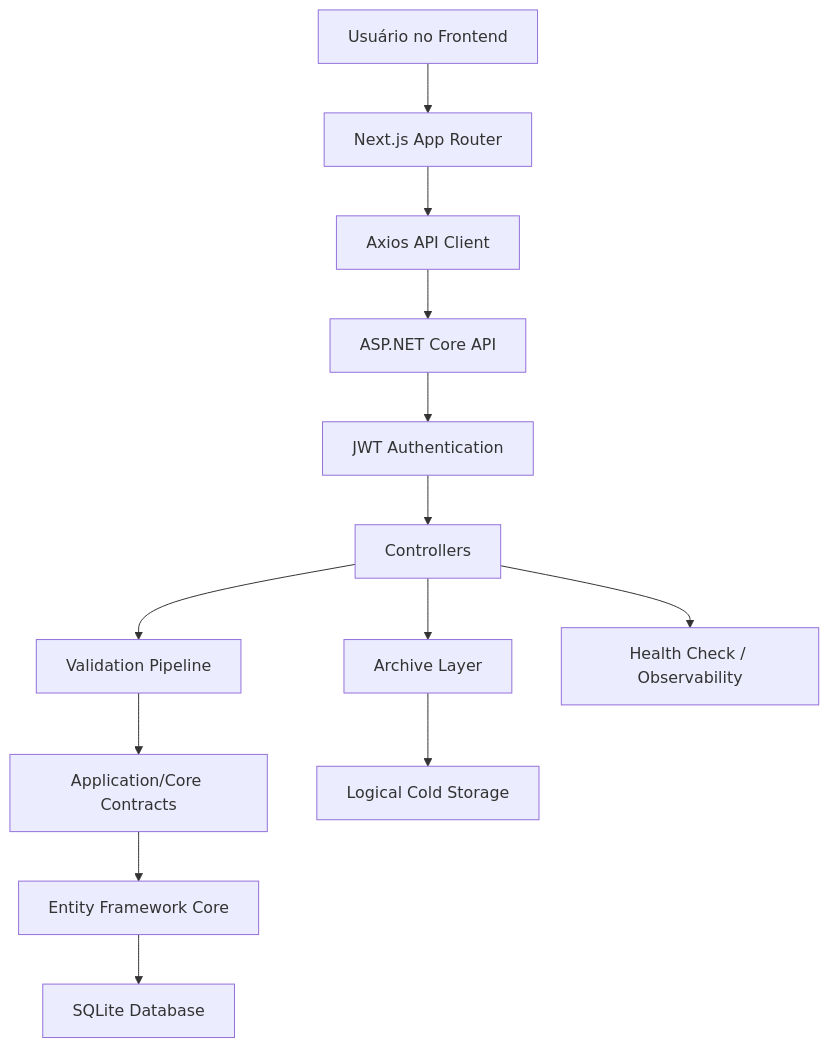
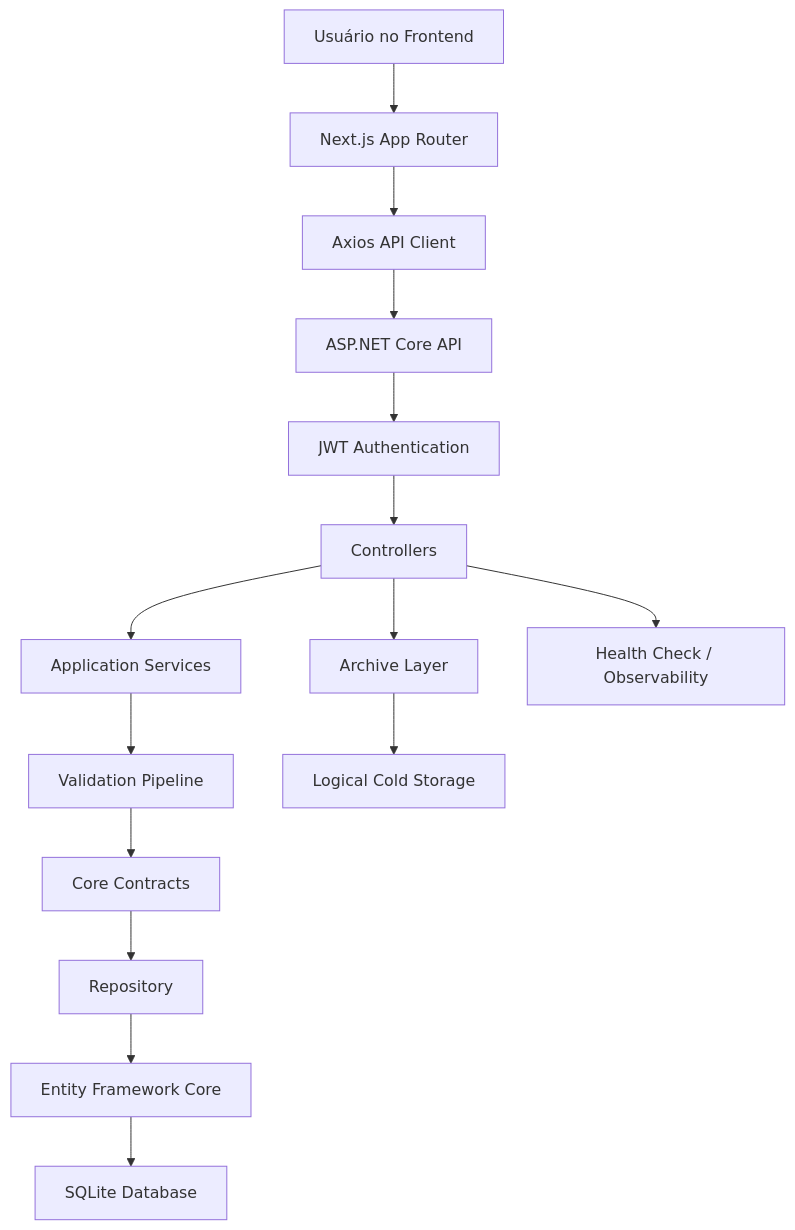
Before and after one commit to DanielAzeved0/DeepArchive-Bridge: the diagram in README.md, drawn with Mermaid. The commit also changed other lines of this file and 45 other files, not shown here.

````diff
--- a/README.md
+++ b/README.md
@@ -80,15 +81,17 @@
 ```mermaid
 flowchart TD
     A["Usuário no Frontend"] --> B["Next.js App Router"]
     B --> C["Axios API Client"]
     C --> D["ASP.NET Core API"]
     D --> E["JWT Authentication"]
     E --> F["Controllers"]
-    F --> G["Validation Pipeline"]
-    G --> H["Application/Core Contracts"]
-    H --> I["Entity Framework Core"]
-    I --> J["SQLite Database"]
+    F --> G["Application Services"]
+    G --> H["Validation Pipeline"]
+    H --> I["Core Contracts"]
+    I --> N["Repository"]
+    N --> O["Entity Framework Core"]
+    O --> J["SQLite Database"]
     F --> K["Archive Layer"]
     K --> L["Logical Cold Storage"]
     F --> M["Health Check / Observability"]
 ```
````
